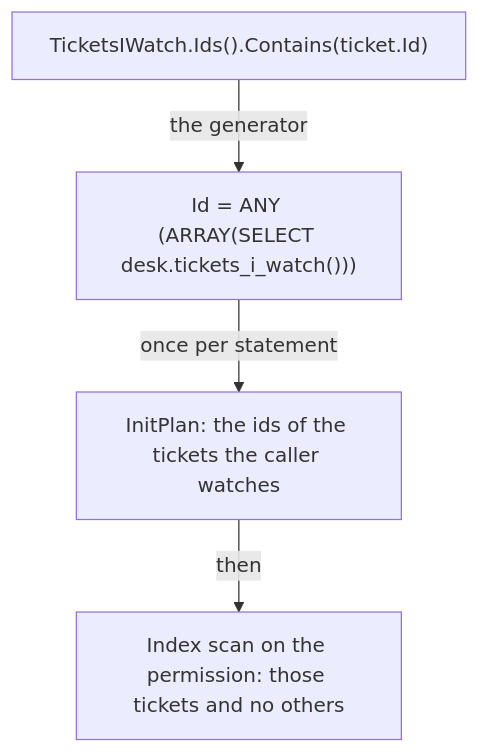
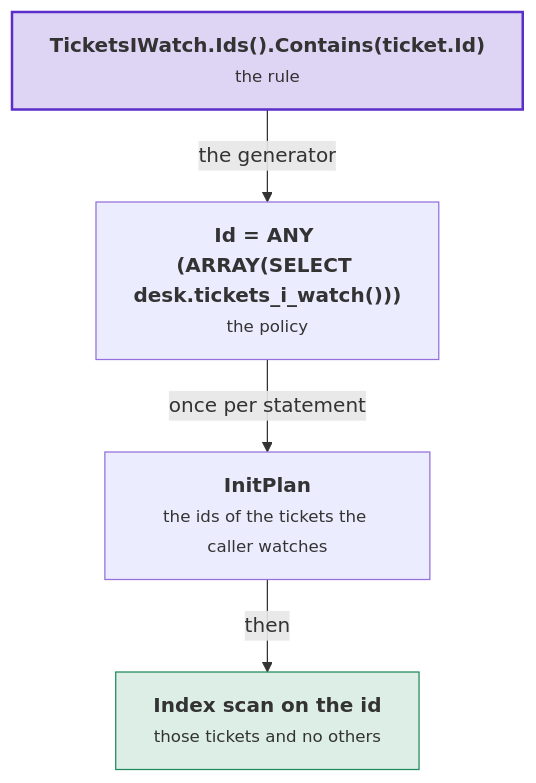
The seventh of 14 diagrams in docs/row-level-security.md (DylanSnel/DDDToolkit), drawn with Mermaid before and after one commit. The commit also changed other lines of this file and 41 other files, not shown here.

First line of the commit message:
Docs: plain prose, one word per concept, and readable diagrams on every page

````diff
--- a/docs/row-level-security.md
+++ b/docs/row-level-security.md
@@ -1274,6 +1407,14 @@
 ```mermaid
 flowchart TD
-    Rule["TicketsIWatch.Ids().Contains(ticket.Id)"] -->|"the generator"| Policy["Id = ANY (ARRAY(SELECT desk.tickets_i_watch()))"]
-    Policy -->|"once per statement"| Set["InitPlan: the ids of the tickets the caller watches"]
-    Set -->|"then"| Scan["Index scan on the permission: those tickets and no others"]
+    rule["<b>TicketsIWatch.Ids().Contains(ticket.Id)</b><br/><small>the rule</small>"]
+    policy["<b>Id = ANY (ARRAY(SELECT desk.tickets_i_watch()))</b><br/><small>the policy</small>"]
+    set["<b>InitPlan</b><br/><small>the ids of the tickets the caller watches</small>"]
+    scan["<b>Index scan on the id</b><br/><small>those tickets and no others</small>"]
+    rule -->|"the generator"| policy
+    policy -->|"once per statement"| set
+    set -->|"then"| scan
+    classDef strong fill:#5b2ec933,stroke:#5b2ec9,stroke-width:2px
+    classDef good fill:#1f8a5b26,stroke:#1f8a5b
+    class rule strong
+    class scan good
 ```
````
